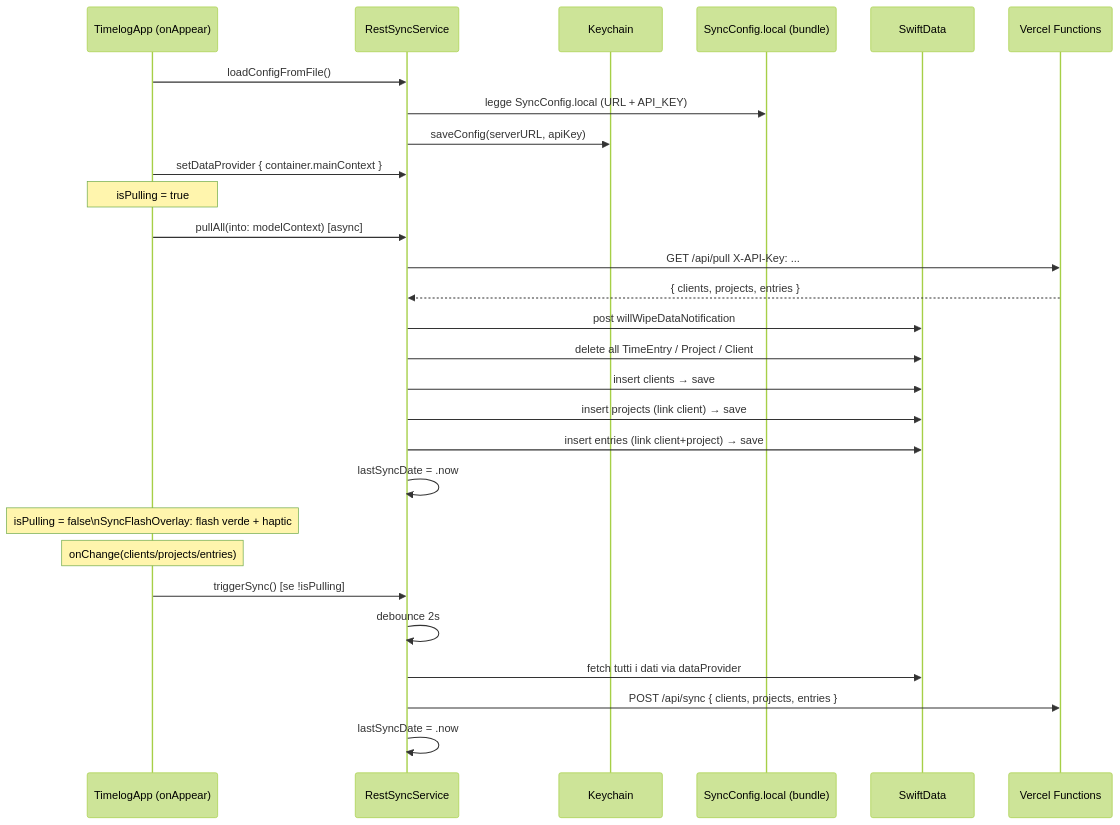
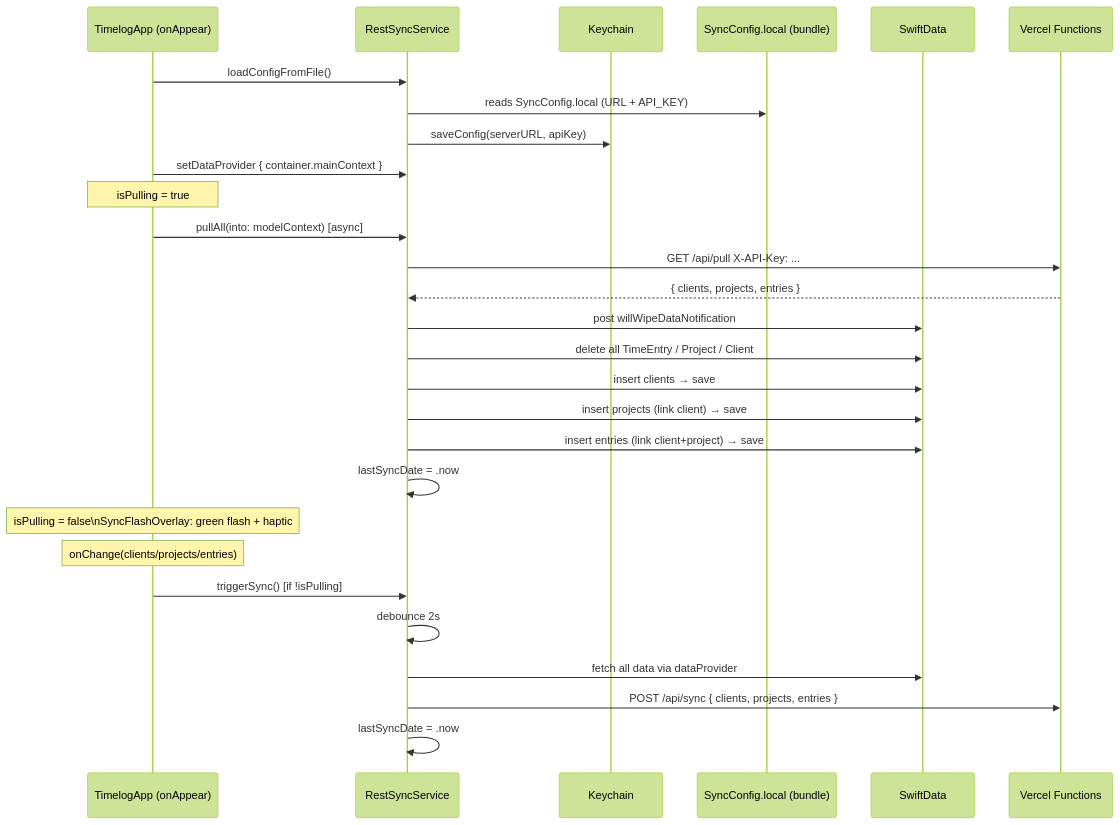
One commit to albertobarrago/timelog changed the third of 10 diagrams in docs/03-flussi.md. Above: the diagram before and after it, drawn with Mermaid (forest theme). The commit also changed other lines of this file and 12 other files, not shown here.

````diff
--- a/docs/03-flussi.md
+++ b/docs/03-flussi.md
@@ -53,35 +53,35 @@
 ```mermaid
 sequenceDiagram
     participant App as TimelogApp (onAppear)
     participant RSS as RestSyncService
     participant KCH as Keychain
     participant File as SyncConfig.local (bundle)
     participant SD as SwiftData
     participant VCL as Vercel Functions
 
     App->>RSS: loadConfigFromFile()
-    RSS->>File: legge SyncConfig.local (URL + API_KEY)
+    RSS->>File: reads SyncConfig.local (URL + API_KEY)
     RSS->>KCH: saveConfig(serverURL, apiKey)
 
     App->>RSS: setDataProvider { container.mainContext }
     Note over App: isPulling = true
 
     App->>RSS: pullAll(into: modelContext) [async]
     RSS->>VCL: GET /api/pull  X-API-Key: ...
     VCL-->>RSS: { clients, projects, entries }
 
     RSS->>SD: post willWipeDataNotification
     RSS->>SD: delete all TimeEntry / Project / Client
     RSS->>SD: insert clients → save
     RSS->>SD: insert projects (link client) → save
     RSS->>SD: insert entries (link client+project) → save
     RSS->>RSS: lastSyncDate = .now
-    Note over App: isPulling = false\nSyncFlashOverlay: flash verde + haptic
+    Note over App: isPulling = false\nSyncFlashOverlay: green flash + haptic
 
     Note over App: onChange(clients/projects/entries)
-    App->>RSS: triggerSync() [se !isPulling]
+    App->>RSS: triggerSync() [if !isPulling]
     RSS->>RSS: debounce 2s
-    RSS->>SD: fetch tutti i dati via dataProvider
+    RSS->>SD: fetch all data via dataProvider
     RSS->>VCL: POST /api/sync { clients, projects, entries }
     RSS->>RSS: lastSyncDate = .now
 ```
````
